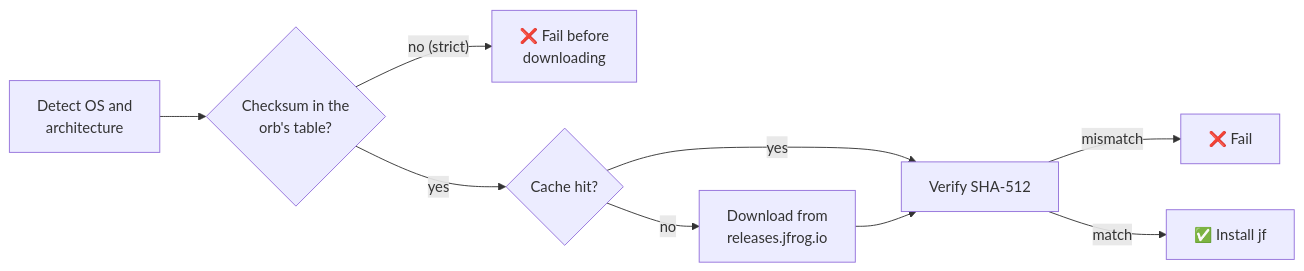
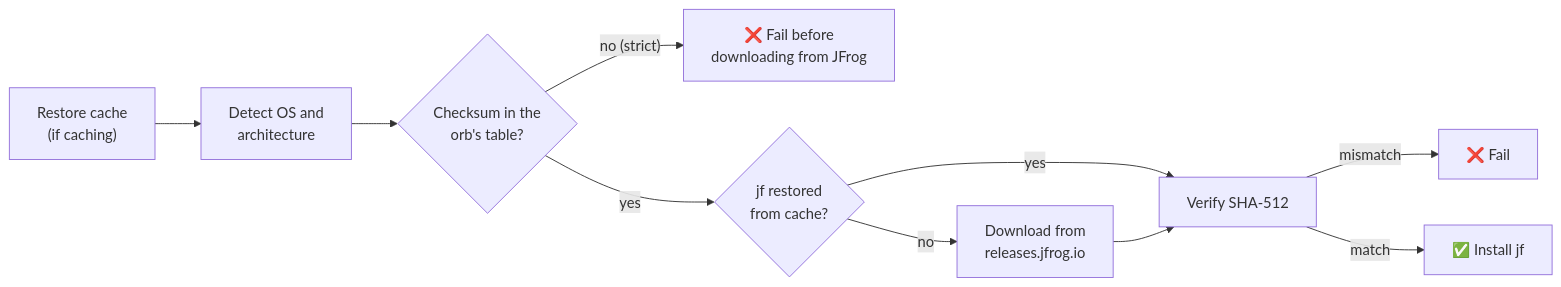
One commit to juburr/jfrog-orb changed the diagram in README.md. Above: the diagram before and after it, drawn with Mermaid. The commit also changed other lines of this file, not shown here.

Commit message:
docs: bound the checksum range and show the cache restore first
The supported-platforms note said the checksum table covers jf 2.70.0
"and later", but it ends at 2.125.0 and JFrog has already shipped
2.126.0 and 2.127.0, which strict mode rejects. State the actual range.

The checksum flowchart put the table lookup before the cache, but
install.yml runs restore_cache before the step that does the lookup.
Add the restore as the first step, and say strict mode fails before
downloading from JFrog rather than before downloading anything.

Claude-Session: https://claude.ai/code/session_01GeAEWUHv9LUWTMLodAsBGp

````diff
--- a/README.md
+++ b/README.md
@@ -197,11 +197,12 @@
 ```mermaid
 flowchart LR
-    A["Detect OS and<br/>architecture"] --> B{"Checksum in the<br/>orb's table?"}
-    B -- "no (strict)" --> X["❌ Fail before<br/>downloading"]
-    B -- yes --> C{"Cache hit?"}
+    R["Restore cache<br/>(if caching)"] --> A["Detect OS and<br/>architecture"]
+    A --> B{"Checksum in the<br/>orb's table?"}
+    B -- "no (strict)" --> X["❌ Fail before<br/>downloading from JFrog"]
+    B -- yes --> C{"jf restored<br/>from cache?"}
     C -- yes --> E["Verify SHA-512"]
     C -- no --> D["Download from<br/>releases.jfrog.io"]
     D --> E
     E -- mismatch --> Y["❌ Fail"]
     E -- match --> F["✅ Install jf"]
 ```
````
